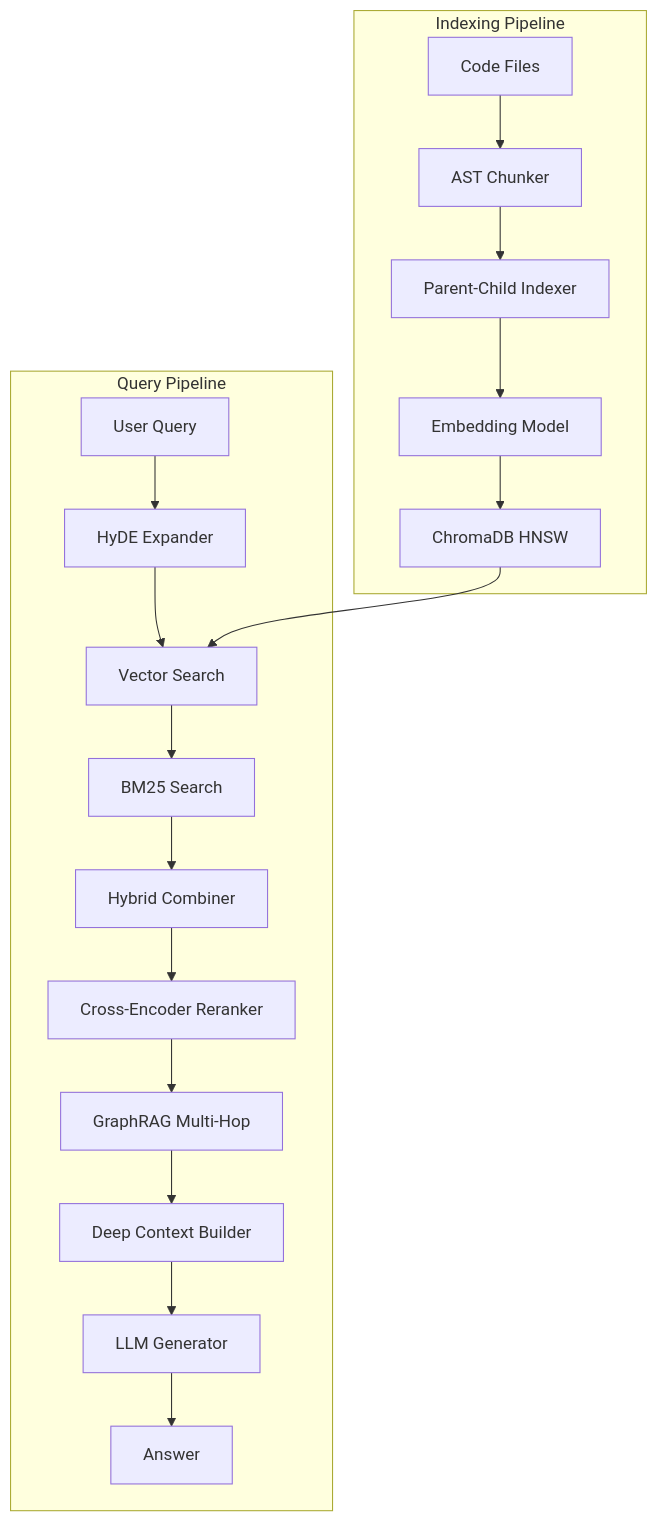
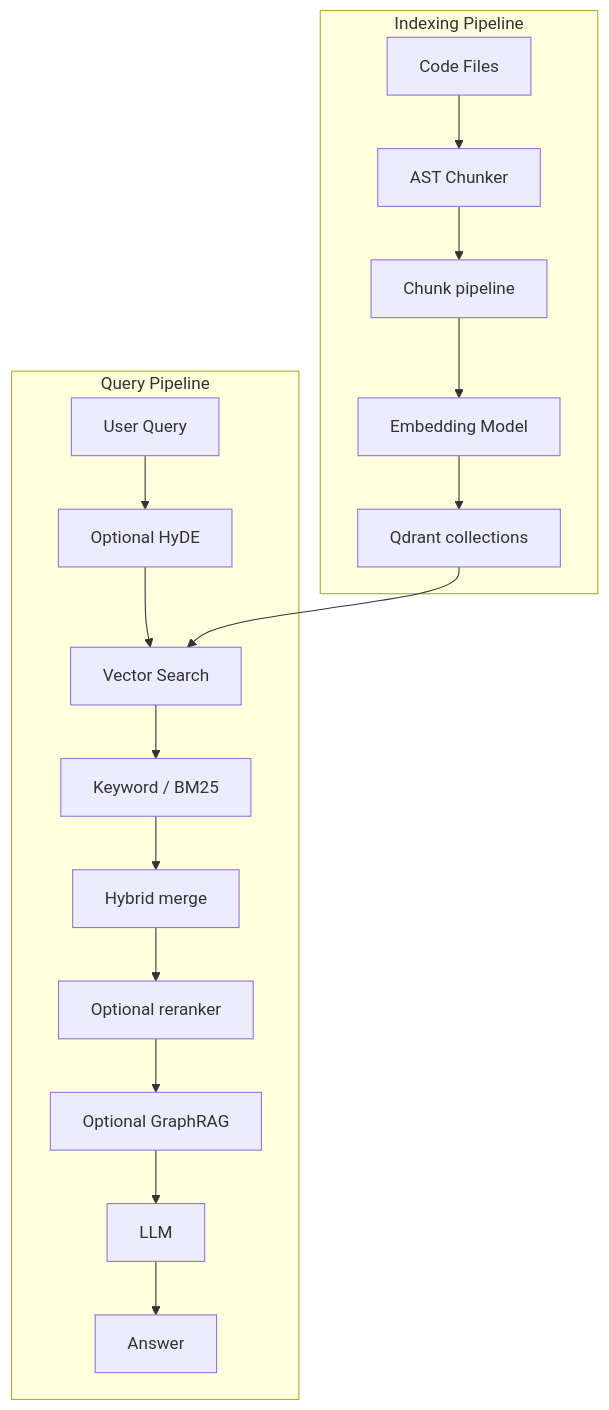
The first of 2 diagrams in docs/COMPLETE_TECHNICAL_GUIDE.md (Niranjan-tiwari/code-atlas), drawn with Mermaid before and after one commit. The commit also changed other lines of this file and 30 other files, not shown here.

````diff
--- a/docs/COMPLETE_TECHNICAL_GUIDE.md
+++ b/docs/COMPLETE_TECHNICAL_GUIDE.md
@@ -1204,23 +195,22 @@
 ```mermaid
 graph TB
     subgraph Indexing["Indexing Pipeline"]
         A[Code Files] --> B[AST Chunker]
-        B --> C[Parent-Child Indexer]
+        B --> C[Chunk pipeline]
         C --> D[Embedding Model]
-        D --> E[ChromaDB HNSW]
+        D --> E[Qdrant collections]
     end
-    
+
     subgraph Query["Query Pipeline"]
-        F[User Query] --> G[HyDE Expander]
+        F[User Query] --> G[Optional HyDE]
         G --> H[Vector Search]
-        H --> I[BM25 Search]
-        I --> J[Hybrid Combiner]
-        J --> K[Cross-Encoder Reranker]
-        K --> L[GraphRAG Multi-Hop]
-        L --> M[Deep Context Builder]
-        M --> N[LLM Generator]
-        N --> O[Answer]
+        H --> I[Keyword / BM25]
+        I --> J[Hybrid merge]
+        J --> K[Optional reranker]
+        K --> L[Optional GraphRAG]
+        L --> M[LLM]
+        M --> N[Answer]
     end
-    
+
     E --> H
 ```
````
